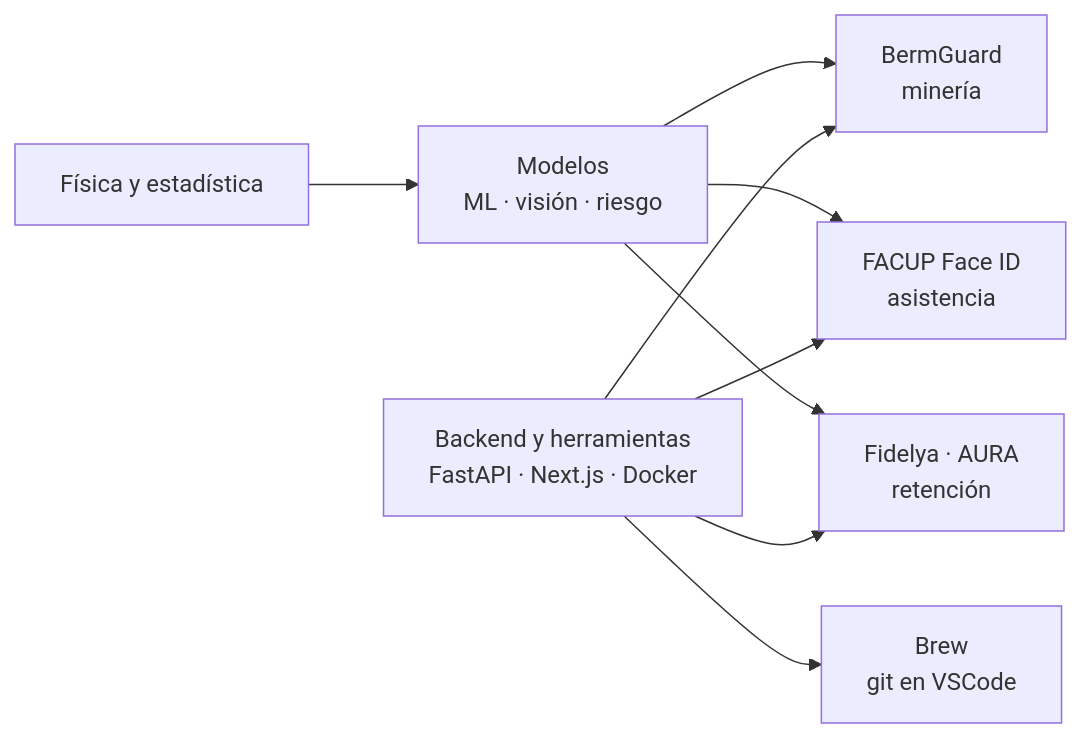
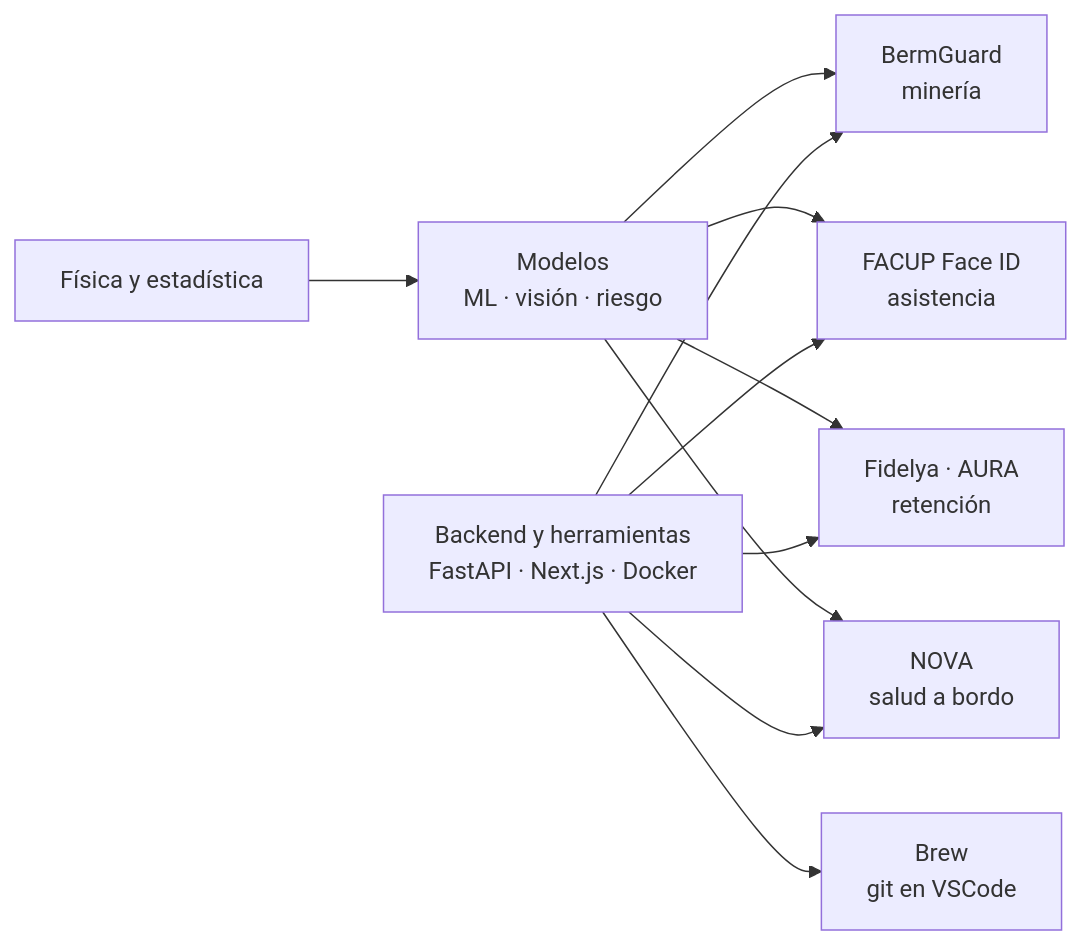
One commit to xSempiternus/xSempiternus changed the diagram in README.md. Above: the diagram before and after it, drawn with Mermaid. The commit also changed other lines of this file and 4 other files, not shown here.

````diff
--- a/README.md
+++ b/README.md
@@ -56,11 +69,13 @@
 ```mermaid
 flowchart LR
     F["Física y estadística"] --> M["Modelos<br/>ML · visión · riesgo"]
     M --> B["BermGuard<br/>minería"]
     M --> A["FACUP Face ID<br/>asistencia"]
     M --> D["Fidelya · AURA<br/>retención"]
+    M --> N["NOVA<br/>salud a bordo"]
     T["Backend y herramientas<br/>FastAPI · Next.js · Docker"] --> B
     T --> A
     T --> D
+    T --> N
     T --> W["Brew<br/>git en VSCode"]
 ```
````
